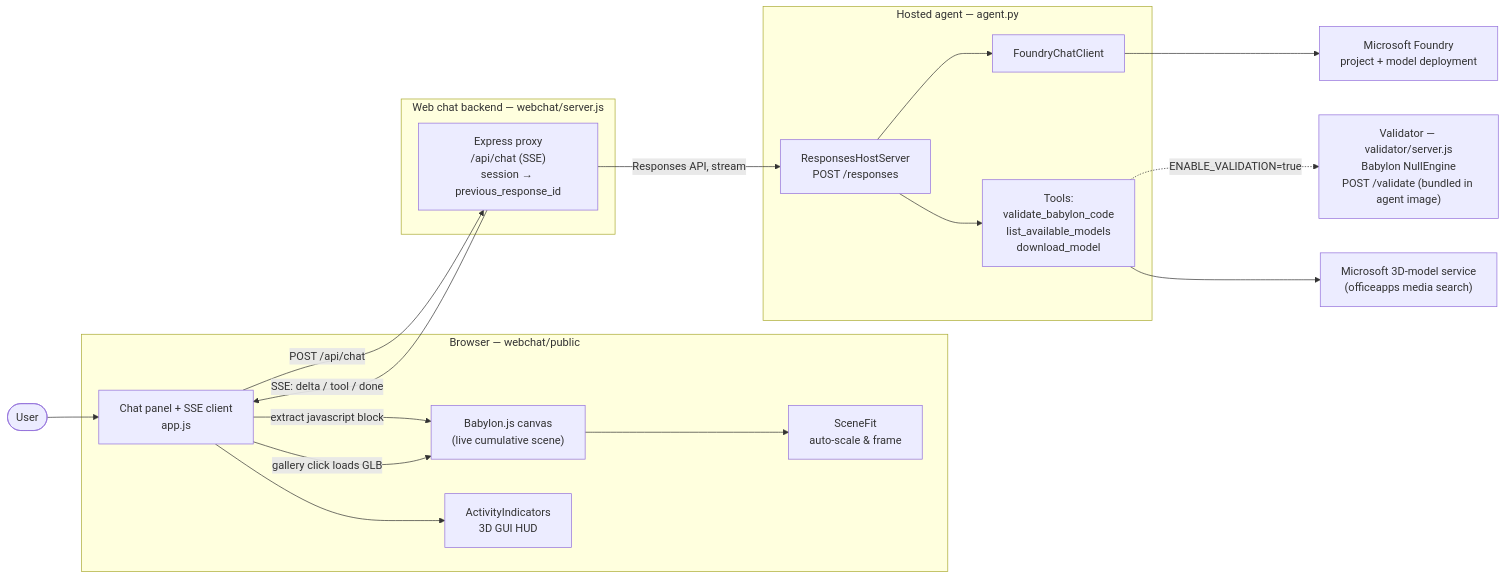
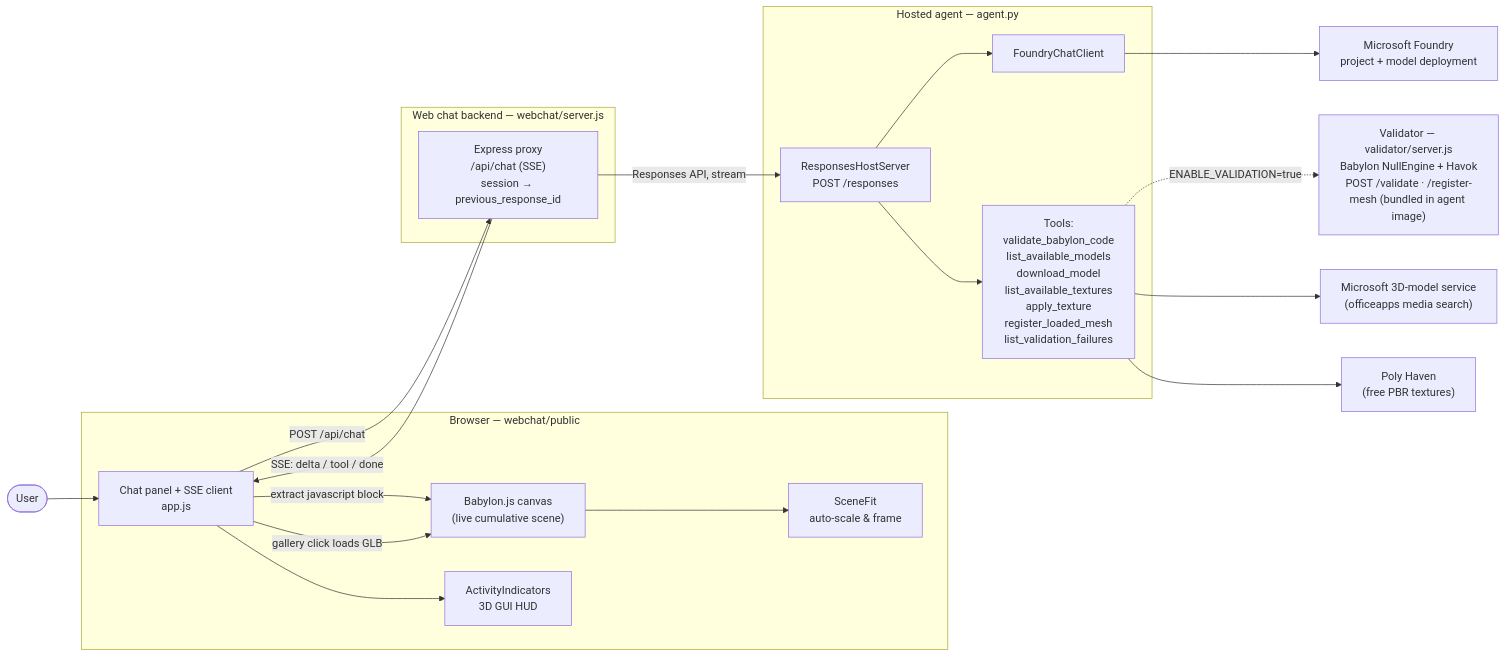
Before and after one commit to davrous/VerbalReality: the first of 2 diagrams in README.md, drawn with Mermaid. The commit also changed other lines of this file and 3 other files, not shown here.

Commit message:
feat: Integrate Poly Haven texture support with gallery rendering and application

````diff
--- a/README.md
+++ b/README.md
@@ -42,38 +57,40 @@
 ```mermaid
 flowchart LR
     user([User])
 
     subgraph browser["Browser — webchat/public"]
         canvas["Babylon.js canvas<br/>(live cumulative scene)"]
         chat["Chat panel + SSE client<br/>app.js"]
         scenefit["SceneFit<br/>auto-scale &amp; frame"]
         activity["ActivityIndicators<br/>3D GUI HUD"]
     end
 
     subgraph webchat["Web chat backend — webchat/server.js"]
         proxy["Express proxy<br/>/api/chat (SSE)<br/>session → previous_response_id"]
     end
 
     subgraph agent["Hosted agent — agent.py"]
         host["ResponsesHostServer<br/>POST /responses"]
         fcc["FoundryChatClient"]
-        tools["Tools:<br/>validate_babylon_code<br/>list_available_models<br/>download_model"]
+        tools["Tools:<br/>validate_babylon_code<br/>list_available_models<br/>download_model<br/>list_available_textures<br/>apply_texture<br/>register_loaded_mesh<br/>list_validation_failures"]
     end
 
-    validator["Validator — validator/server.js<br/>Babylon NullEngine<br/>POST /validate (bundled in agent image)"]
+    validator["Validator — validator/server.js<br/>Babylon NullEngine + Havok<br/>POST /validate · /register-mesh (bundled in agent image)"]
     foundry["Microsoft Foundry<br/>project + model deployment"]
     library["Microsoft 3D-model service<br/>(officeapps media search)"]
+    polyhaven["Poly Haven<br/>(free PBR textures)"]
 
     user --> chat
     chat -->|POST /api/chat| proxy
     proxy -->|Responses API, stream| host
     host --> fcc --> foundry
     host --> tools
     tools -. ENABLE_VALIDATION=true .-> validator
     tools --> library
+    tools --> polyhaven
     proxy -->|SSE: delta / tool / done| chat
     chat -->|extract javascript block| canvas
     chat -->|gallery click loads GLB| canvas
     canvas --> scenefit
     chat --> activity
 ```
````
